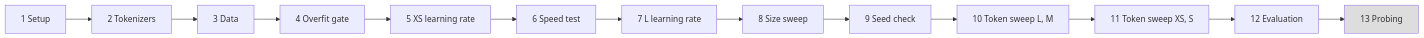
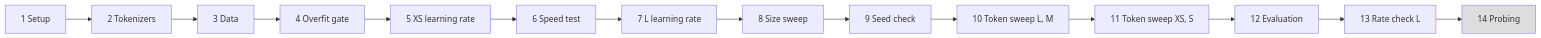
One commit to AshishSinha5/chess-lm changed the diagram in results/EXPERIMENT_LOG.md. Above: the diagram before and after it, drawn with Mermaid. The commit also changed other lines of this file and 21 other files, not shown here.

First line of the commit message:
Rate check on L (G20, G22), probe code and design (G21)

````diff
--- a/results/EXPERIMENT_LOG.md
+++ b/results/EXPERIMENT_LOG.md
@@ -7,16 +7,17 @@
 ```mermaid
 flowchart LR
   A[1 Setup] --> B[2 Tokenizers]
   B --> C[3 Data]
   C --> D[4 Overfit gate]
   D --> E[5 XS learning rate]
   E --> F[6 Speed test]
   F --> G[7 L learning rate]
   G --> H[8 Size sweep]
   H --> S[9 Seed check]
   S --> I[10 Token sweep L, M]
   I --> T[11 Token sweep XS, S]
   T --> J[12 Evaluation]
-  J --> K[13 Probing]
+  J --> R[13 Rate check L]
+  R --> K[14 Probing]
   style K fill:#ddd
 ```
````
